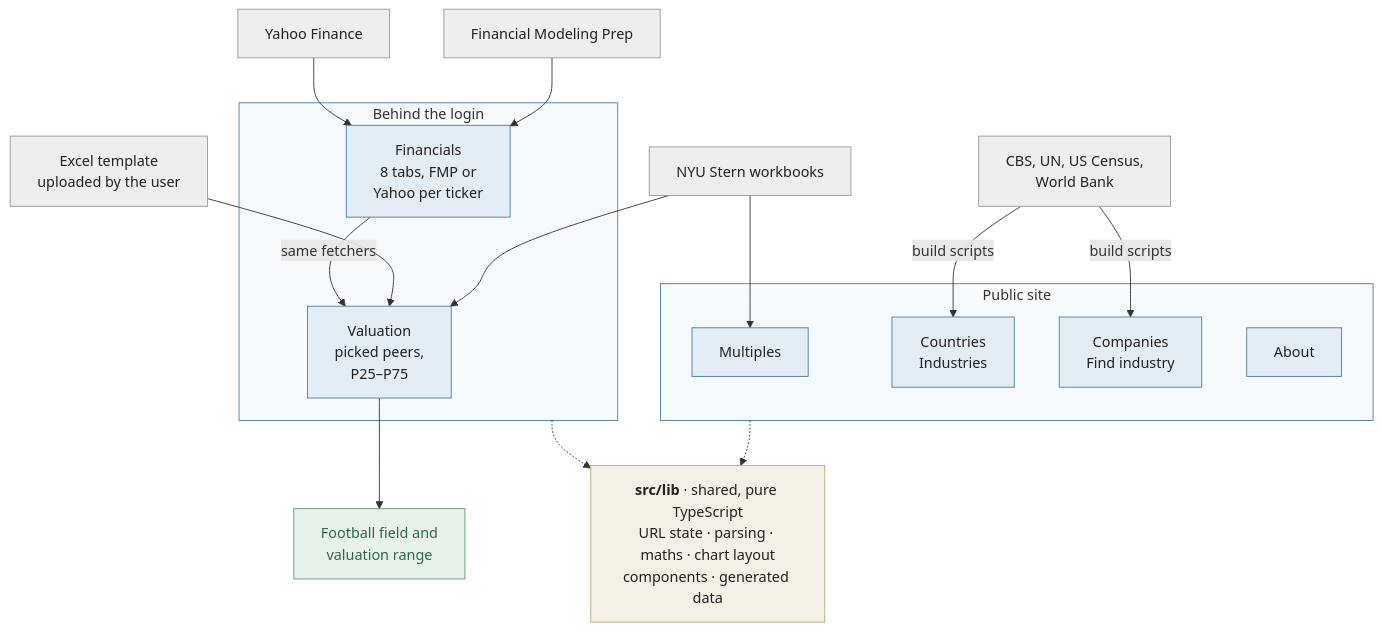
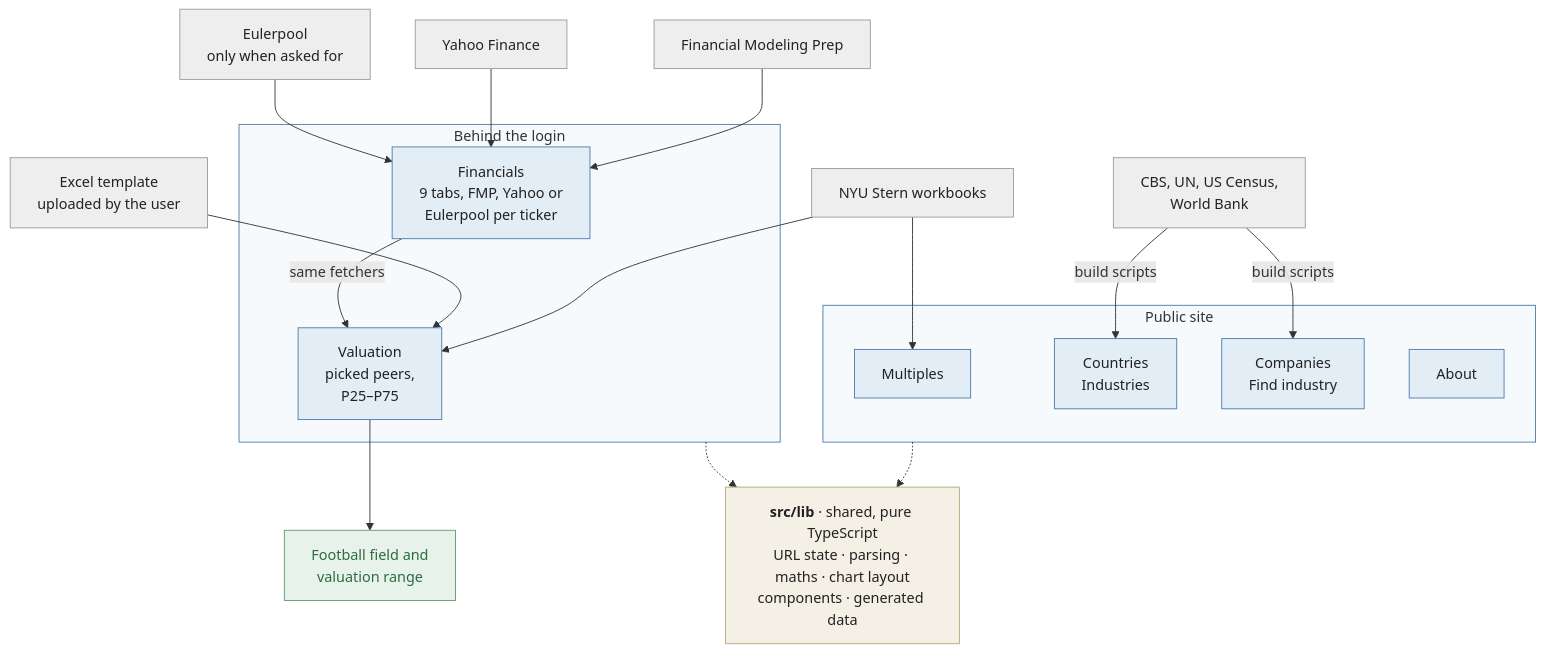
Before and after one commit to jan-ru/my-svelte-app: the first of 2 diagrams in docs/overview.md, drawn with Mermaid. The commit also changed other lines of this file and 2 other files, not shown here.

````diff
--- a/docs/overview.md
+++ b/docs/overview.md
@@ -15,47 +15,49 @@
 ```mermaid
 flowchart TB
   NYU[NYU Stern workbooks]
   REF[CBS, UN, US Census,<br/>World Bank]
   FMP[Financial Modeling Prep]
   YF[Yahoo Finance]
+  EP[Eulerpool<br/>only when asked for]
   XL[Excel template<br/>uploaded by the user]
 
   subgraph PUB["Public site"]
     M[Multiples]
     C[Countries<br/>Industries]
     CO[Companies<br/>Find industry]
     AB[About]
   end
 
   subgraph PRIV["Behind the login"]
-    F[Financials<br/>8 tabs, FMP or<br/>Yahoo per ticker]
+    F[Financials<br/>9 tabs, FMP, Yahoo or<br/>Eulerpool per ticker]
     V[Valuation<br/>picked peers,<br/>P25–P75]
   end
 
   OUT[Football field and<br/>valuation range]
 
   LIB["<b>src/lib</b> · shared, pure TypeScript<br/>URL state · parsing · maths · chart layout<br/>components · generated data"]
 
   NYU --> M
   NYU --> V
   REF -->|build scripts| C
   REF -->|build scripts| CO
   FMP --> F
   YF --> F
+  EP --> F
   XL --> V
   F -->|same fetchers| V
   V --> OUT
   PUB -.-> LIB
   PRIV -.-> LIB
 
   classDef ext fill:#eeeeee,stroke:#9a9a9a,color:#222222
   classDef sys fill:#e3edf6,stroke:#4a7bab,color:#222222
   classDef out fill:#e6f2ea,stroke:#5f9b72,color:#2f6b44
   classDef lib fill:#f4f0e6,stroke:#b8a77a,color:#222222
-  class NYU,REF,FMP,YF,XL ext
+  class NYU,REF,FMP,YF,EP,XL ext
   class M,C,CO,AB,F,V sys
   class OUT out
   class LIB lib
   style PUB fill:#f7fafd,stroke:#4a7bab
   style PRIV fill:#f7fafd,stroke:#4a7bab
 ```
````
